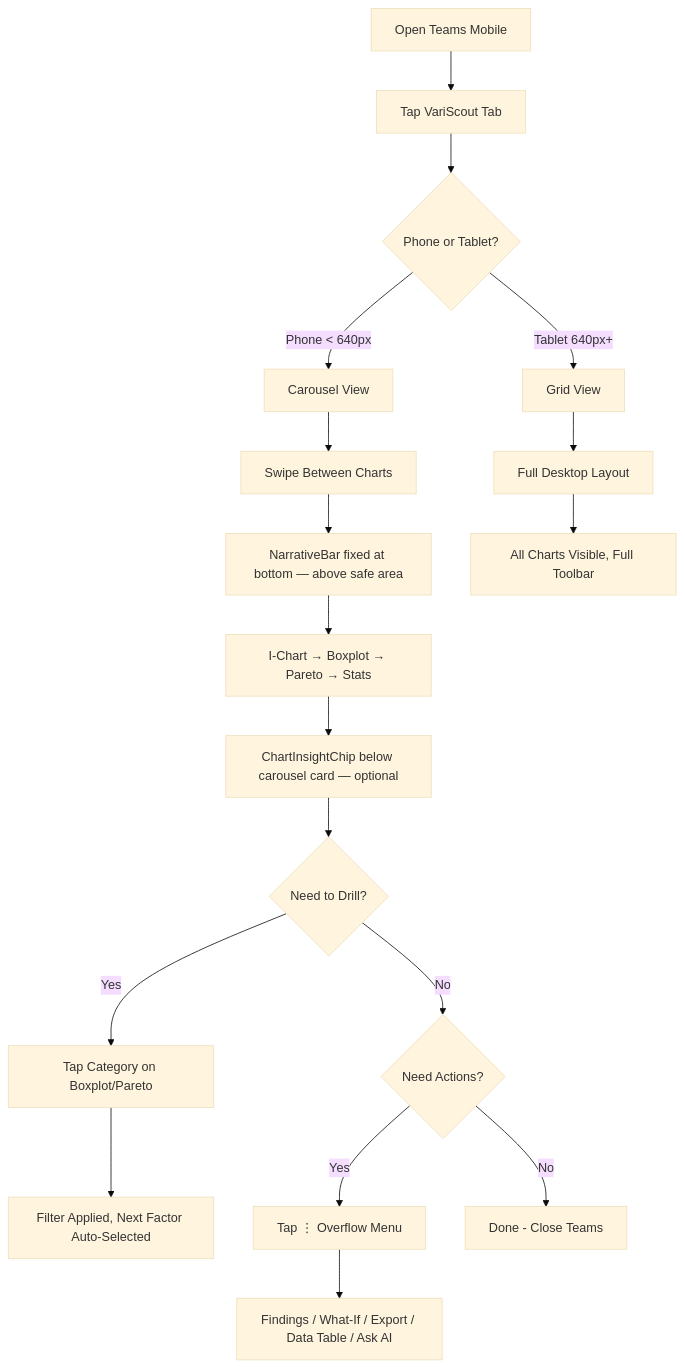
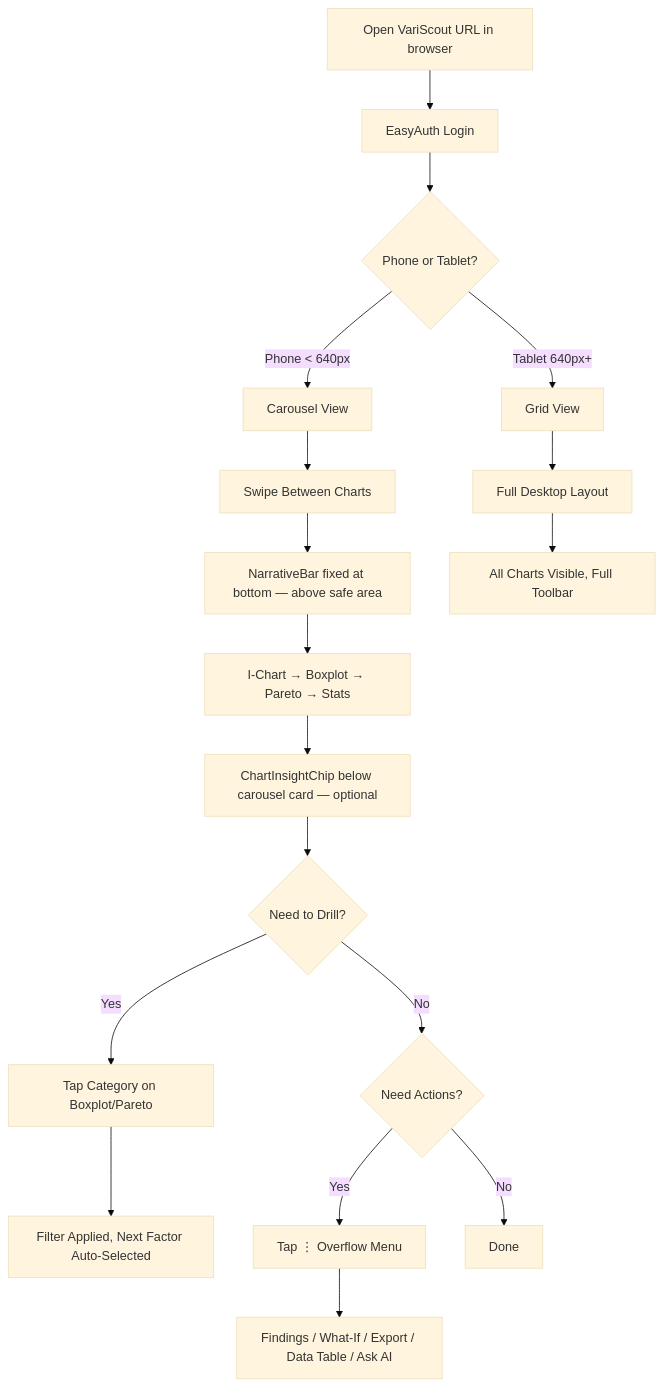
Before and after one commit to jukka-matti/variscout: the diagram in docs/02-journeys/flows/azure-teams-mobile.md, drawn with Mermaid (base theme). The commit also changed other lines of this file and 17 other files, not shown here.

First line of the commit message:
docs: web-first deployment architecture (ADR-059)

````diff
--- a/docs/02-journeys/flows/azure-teams-mobile.md
+++ b/docs/02-journeys/flows/azure-teams-mobile.md
@@ -19,23 +21,23 @@
 ```mermaid
 flowchart TD
-    A[Open Teams Mobile] --> B[Tap VariScout Tab]
+    A[Open VariScout URL in browser] --> B[EasyAuth Login]
     B --> C{Phone or Tablet?}
     C -->|Phone < 640px| D[Carousel View]
     C -->|Tablet 640px+| E[Grid View]
 
     D --> F[Swipe Between Charts]
     F --> F2[NarrativeBar fixed at bottom — above safe area]
     F2 --> G[I-Chart → Boxplot → Pareto → Stats]
     G --> G2[ChartInsightChip below carousel card — optional]
     G2 --> H{Need to Drill?}
     H -->|Yes| I[Tap Category on Boxplot/Pareto]
     I --> J[Filter Applied, Next Factor Auto-Selected]
     H -->|No| K{Need Actions?}
 
     K -->|Yes| L[Tap ⋮ Overflow Menu]
     L --> M[Findings / What-If / Export / Data Table / Ask AI]
-    K -->|No| N[Done - Close Teams]
+    K -->|No| N[Done]
 
     E --> O[Full Desktop Layout]
     O --> P[All Charts Visible, Full Toolbar]
 ```
````
